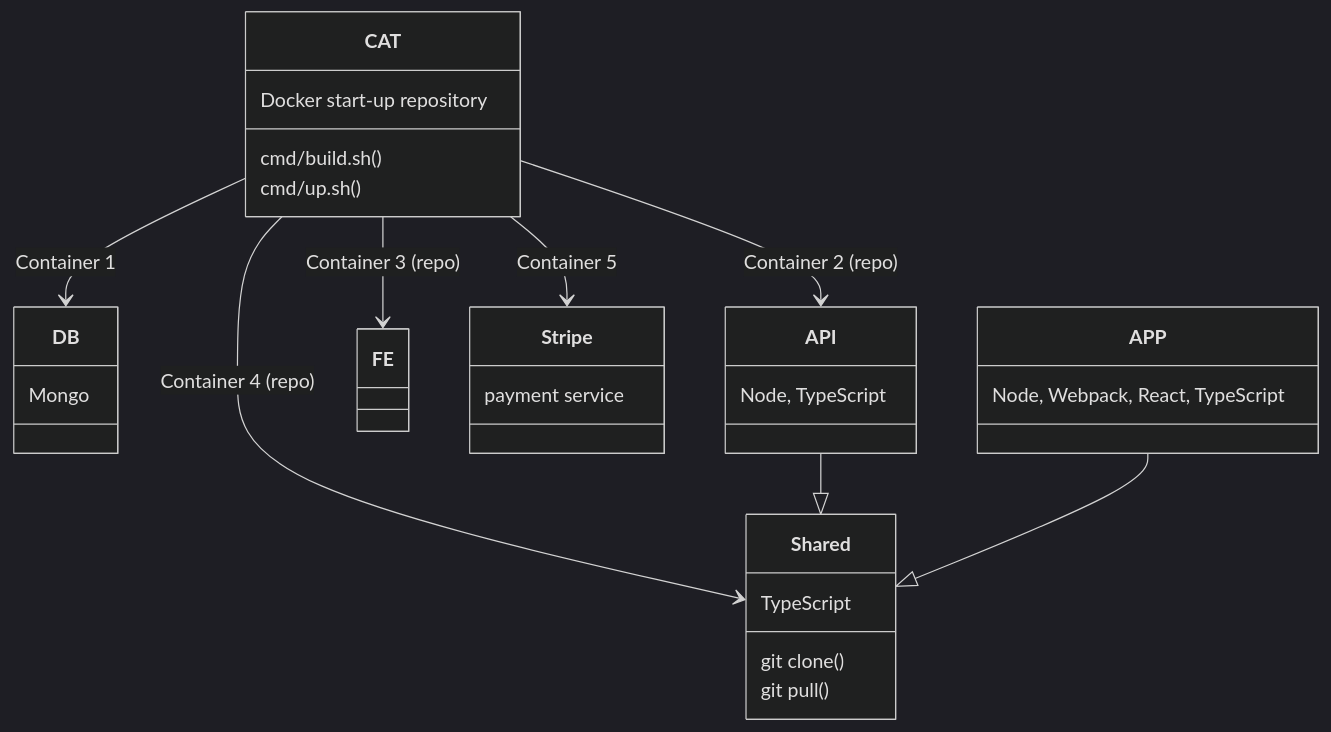
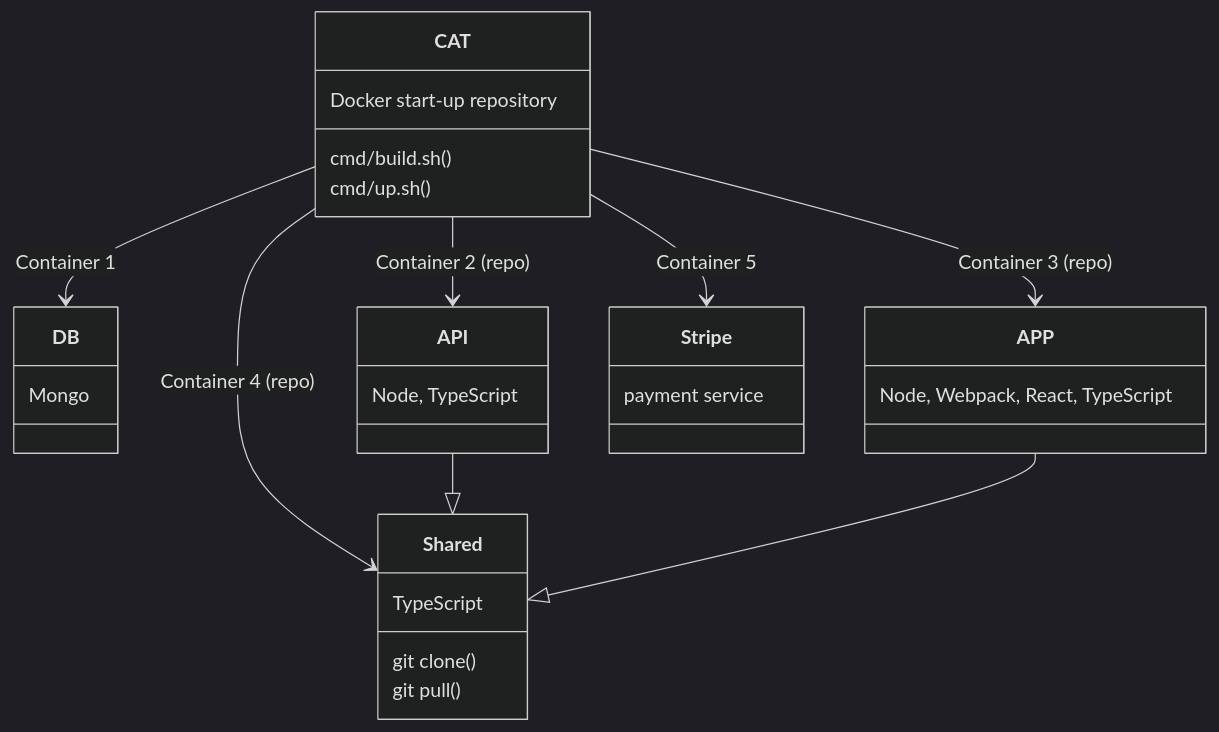
One commit to Karmello/cat-start changed the diagram in README.md. Above: the diagram before and after it, drawn with Mermaid (dark theme).

Commit message:
repo name change to cat

````diff
--- a/README.md
+++ b/README.md
@@ -8,20 +8,20 @@
 ```mermaid
 classDiagram
 CAT --> DB : Container 1
 CAT --> API : Container 2 (repo)
-CAT --> FE : Container 3 (repo)
+CAT --> APP : Container 3 (repo)
 CAT --> Shared : Container 4 (repo)
 CAT --> Stripe : Container 5
 CAT : Docker start-up repository
 CAT: cmd/build.sh()
 CAT: cmd/up.sh()
 DB: Mongo
 API: Node, TypeScript
 APP: Node, Webpack, React, TypeScript
 Stripe: payment service
 Shared: TypeScript
 Shared: git clone()
 Shared: git pull()
 API --|> Shared
 APP --|> Shared
 ```
````
